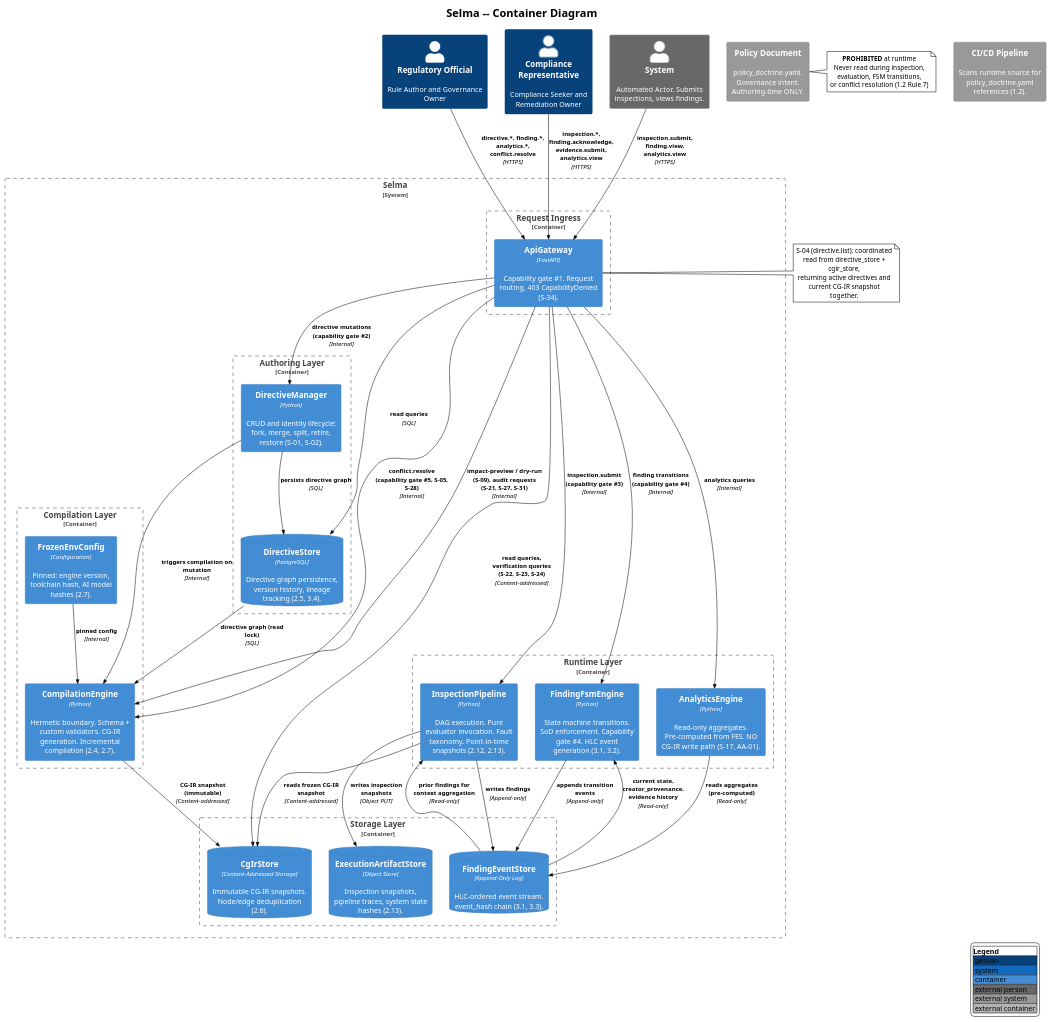
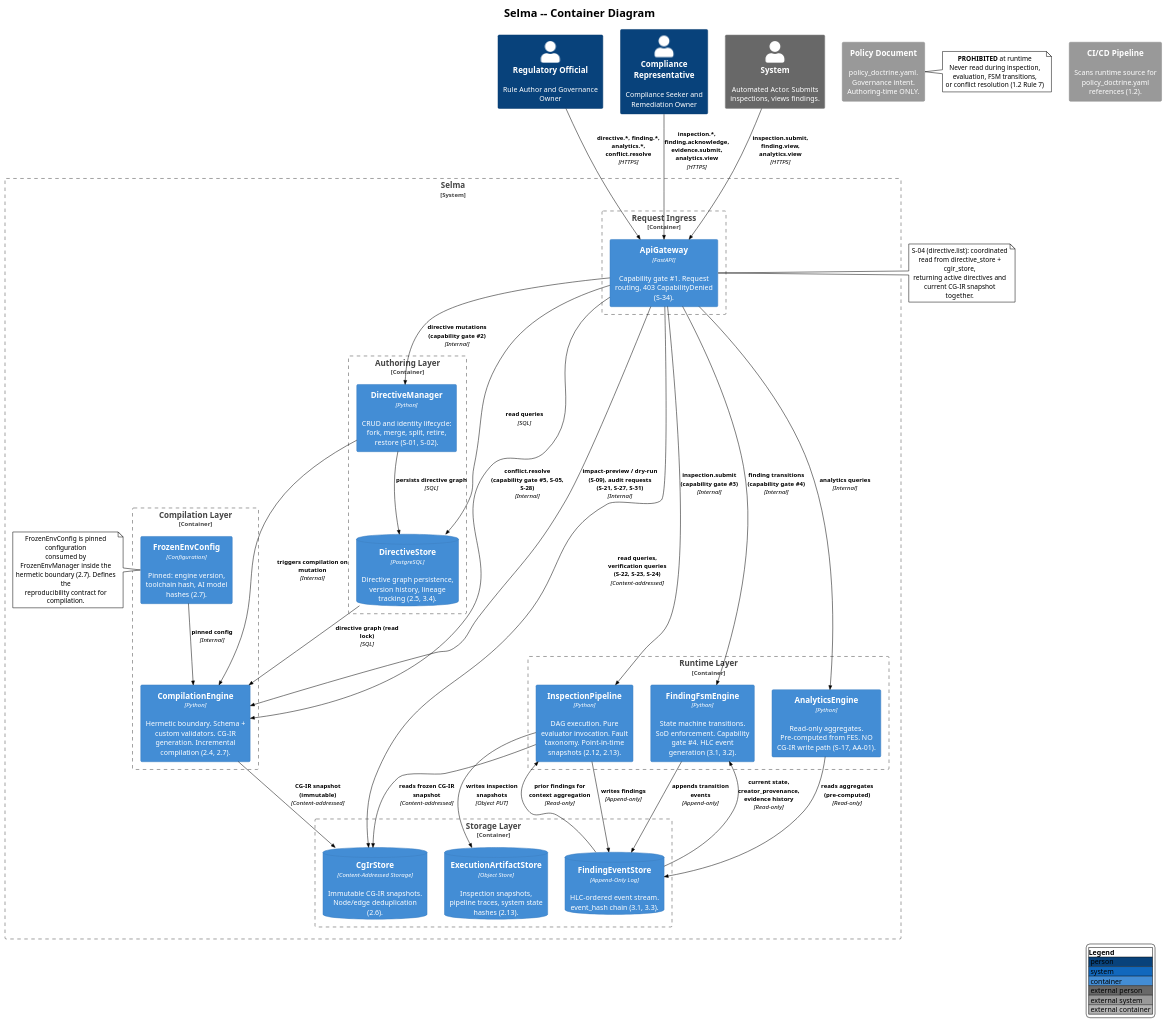
One commit to salimnamvar/selma changed the diagram in docs/C4-Design/c4_selma_container.puml. Above: the diagram before and after it, drawn with PlantUML. The commit also changed other lines of this file and 8 other files, not shown here.

Commit message:
docs(C4-Design): Update C4 diagrams to version 2.1.0 and enhance component details

```diff
--- a/docs/C4-Design/c4_selma_container.puml
+++ b/docs/C4-Design/c4_selma_container.puml
@@ -11,86 +12,93 @@
 @startuml
-!include https://raw.githubusercontent.com/plantuml-stdlib/C4-PlantUML/v2.10.0/C4_Container.puml
+!include https://raw.githubusercontent.com/plantuml-stdlib/C4-PlantUML/v2.13.0/C4_Container.puml
 !theme plain
 
 LAYOUT_WITH_LEGEND()
 
 title Selma -- Container Diagram
 
 Person(regulatory_official, "Regulatory Official", "Rule Author and Governance Owner")
 Person(compliance_rep, "Compliance Representative", "Compliance Seeker and Remediation Owner")
 Person_Ext(system_actor, "System", "Automated Actor. Submits inspections, views findings.")
 
 System_Boundary(selma, "Selma") {
     Container_Boundary(ingress, "Request Ingress") {
         Container(api_gateway, "ApiGateway", "FastAPI", "Capability gate #1. Request routing, 403 CapabilityDenied (S-34).")
     }
 
     Container_Boundary(authoring, "Authoring Layer") {
         Container(directive_mgr, "DirectiveManager", "Python", "CRUD and identity lifecycle: fork, merge, split, retire, restore (S-01, S-02).")
         ContainerDb(directive_store, "DirectiveStore", "PostgreSQL", "Directive graph persistence, version history, lineage tracking (2.5, 3.4).")
     }
 
     Container_Boundary(compilation, "Compilation Layer") {
         Container(compilation_engine, "CompilationEngine", "Python", "Hermetic boundary. Schema + custom validators. CG-IR generation. Incremental compilation (2.4, 2.7).")
         Container(frozen_env, "FrozenEnvConfig", "Configuration", "Pinned: engine version, toolchain hash, AI model hashes (2.7).")
     }
+
+    note right of frozen_env
+      FrozenEnvConfig is pinned configuration
+      consumed by FrozenEnvManager inside the
+      hermetic boundary (2.7). Defines the
+      reproducibility contract for compilation.
+    end note
 
     Container_Boundary(storage, "Storage Layer") {
         ContainerDb(cgir_store, "CgIrStore", "Content-Addressed Storage", "Immutable CG-IR snapshots. Node/edge deduplication (2.6).")
         ContainerDb(finding_event_store, "FindingEventStore", "Append-Only Log", "HLC-ordered event stream. event_hash chain (3.1, 3.3).")
         ContainerDb(execution_artifact_store, "ExecutionArtifactStore", "Object Store", "Inspection snapshots, pipeline traces, system state hashes (2.13).")
     }
 
     Container_Boundary(runtime, "Runtime Layer") {
         Container(inspection_pipeline, "InspectionPipeline", "Python", "DAG execution. Pure evaluator invocation. Fault taxonomy. Point-in-time snapshots (2.12, 2.13).")
         Container(finding_fsm, "FindingFsmEngine", "Python", "State machine transitions. SoD enforcement. Capability gate #4. HLC event generation (3.1, 3.2).")
         Container(analytics_engine, "AnalyticsEngine", "Python", "Read-only aggregates. Pre-computed from FES. NO CG-IR write path (S-17, AA-01).")
     }
 }
 
 System_Ext(ci_pipeline, "CI/CD Pipeline", "Scans runtime source for policy_doctrine.yaml references (1.2).")
 System_Ext(policy_doc, "Policy Document", "policy_doctrine.yaml. Governance intent. Authoring-time ONLY.")
 
 Rel(regulatory_official, api_gateway, "directive.*, finding.*, analytics.*, conflict.resolve", "HTTPS")
 Rel(compliance_rep, api_gateway, "inspection.*, finding.acknowledge, evidence.submit, analytics.view", "HTTPS")
 Rel(system_actor, api_gateway, "inspection.submit, finding.view, analytics.view", "HTTPS")
 
 Rel(api_gateway, directive_mgr, "directive mutations (capability gate #2)", "Internal")
 Rel(api_gateway, inspection_pipeline, "inspection.submit (capability gate #3)", "Internal")
 Rel(api_gateway, finding_fsm, "finding transitions (capability gate #4)", "Internal")
 Rel(api_gateway, analytics_engine, "analytics queries", "Internal")
 Rel(api_gateway, directive_store, "read queries", "SQL")
 Rel(api_gateway, cgir_store, "read queries, verification queries (S-22, S-23, S-24)", "Content-addressed")
 Rel(api_gateway, compilation_engine, "conflict.resolve (capability gate #5, S-05, S-28)", "Internal")
 Rel(api_gateway, compilation_engine, "impact-preview / dry-run (S-09), audit requests (S-21, S-27, S-31)", "Internal")
 
 note right of api_gateway
   S-04 (directive.list): coordinated read from directive_store + cgir_store,
   returning active directives and current CG-IR snapshot together.
 end note
 
 Rel(directive_mgr, directive_store, "persists directive graph", "SQL")
 Rel(directive_mgr, compilation_engine, "triggers compilation on mutation", "Internal")
 Rel(directive_store, compilation_engine, "directive graph (read lock)", "SQL")
 Rel(frozen_env, compilation_engine, "pinned config", "Internal")
 
 Rel(compilation_engine, cgir_store, "CG-IR snapshot (immutable)", "Content-addressed")
 
 Rel(inspection_pipeline, cgir_store, "reads frozen CG-IR snapshot", "Content-addressed")
 Rel(inspection_pipeline, finding_event_store, "writes findings", "Append-only")
 Rel(inspection_pipeline, execution_artifact_store, "writes inspection snapshots", "Object PUT")
 Rel(finding_event_store, inspection_pipeline, "prior findings for context aggregation", "Read-only")
 
 Rel(finding_fsm, finding_event_store, "appends transition events", "Append-only")
 Rel(finding_event_store, finding_fsm, "current state, creator_provenance, evidence history", "Read-only")
 
 Rel(analytics_engine, finding_event_store, "reads aggregates (pre-computed)", "Read-only")
 
 note right of policy_doc
   **PROHIBITED** at runtime
   Never read during inspection,
   evaluation, FSM transitions,
   or conflict resolution (1.2 Rule 7)
 end note
 
 @enduml
```
